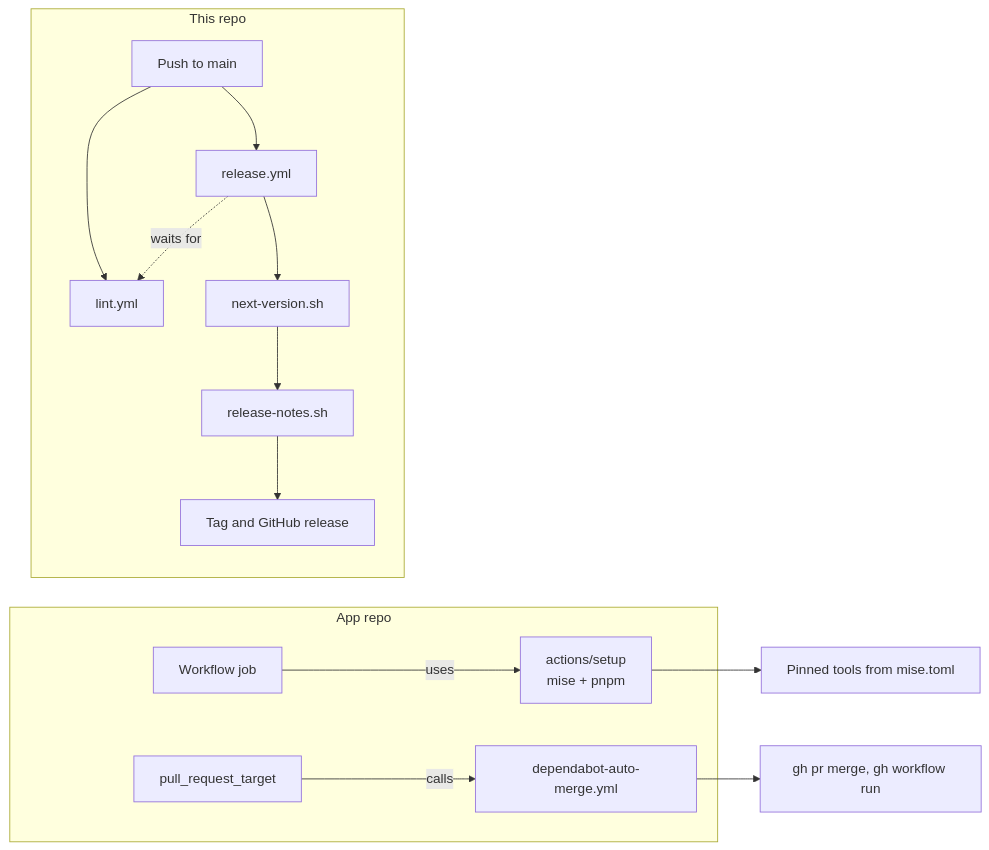
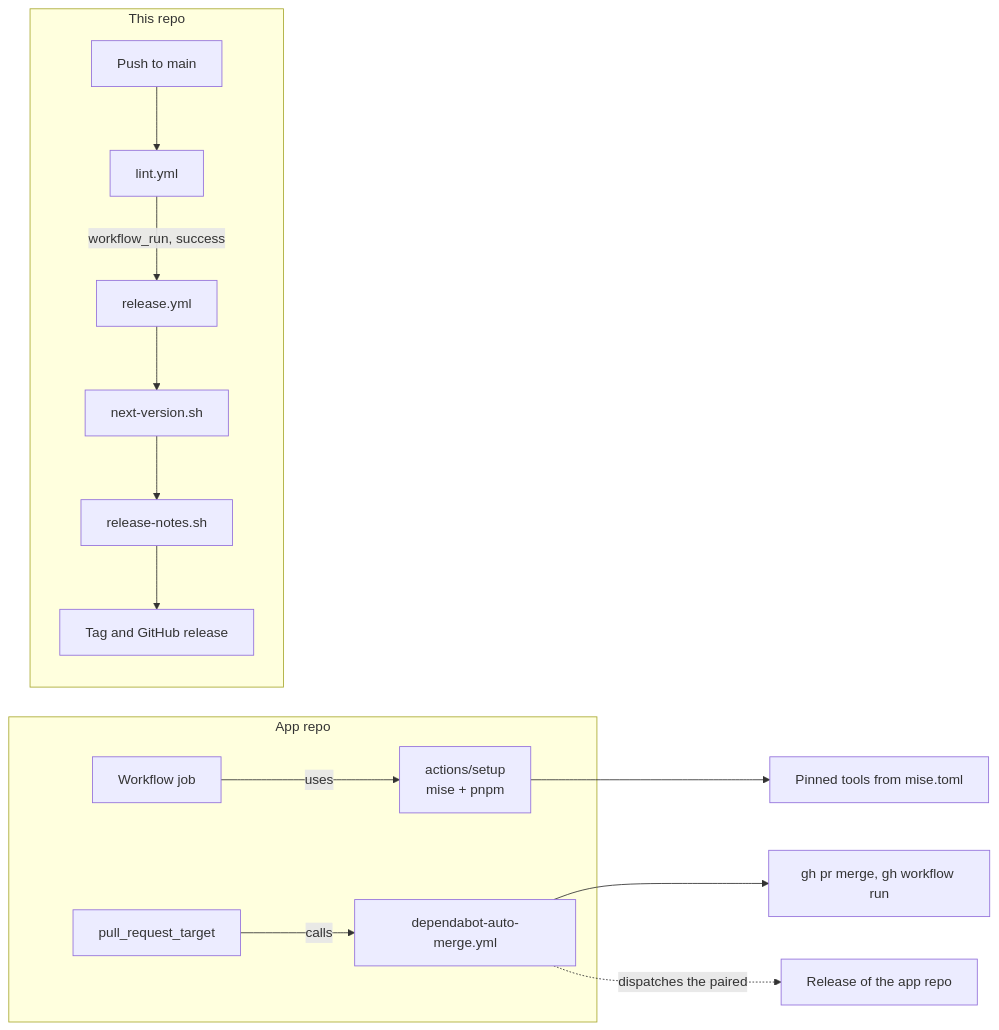
One commit to workbench-soft/ci changed the diagram in docs/architecture.md. Above: the diagram before and after it, drawn with Mermaid. The commit also changed 5 other files, not shown here.

First line of the commit message:
docs: Release starts on workflow_run of Lint, Dependabot pairs release-gate.sh (#29)

````diff
--- a/docs/architecture.md
+++ b/docs/architecture.md
@@ -5,15 +5,15 @@
 ```mermaid
 flowchart LR
   subgraph app["App repo"]
     job["Workflow job"] -->|uses| setup["actions/setup<br/>mise + pnpm"]
     pr["pull_request_target"] -->|calls| auto["dependabot-auto-merge.yml"]
   end
   setup --> tools["Pinned tools from mise.toml"]
   auto --> gh["gh pr merge, gh workflow run"]
+  auto -.->|dispatches the paired| appRelease["Release of the app repo"]
   subgraph own["This repo"]
     push["Push to main"] --> lint["lint.yml"]
-    push --> release["release.yml"]
-    release -.->|waits for| lint
+    lint -->|workflow_run, success| release["release.yml"]
     release --> version["next-version.sh"] --> notes["release-notes.sh"] --> tag["Tag and GitHub release"]
   end
 ```
````
